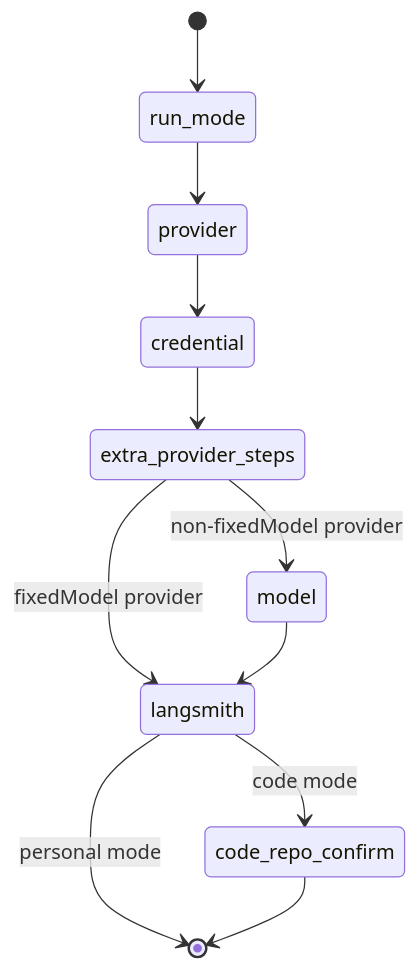
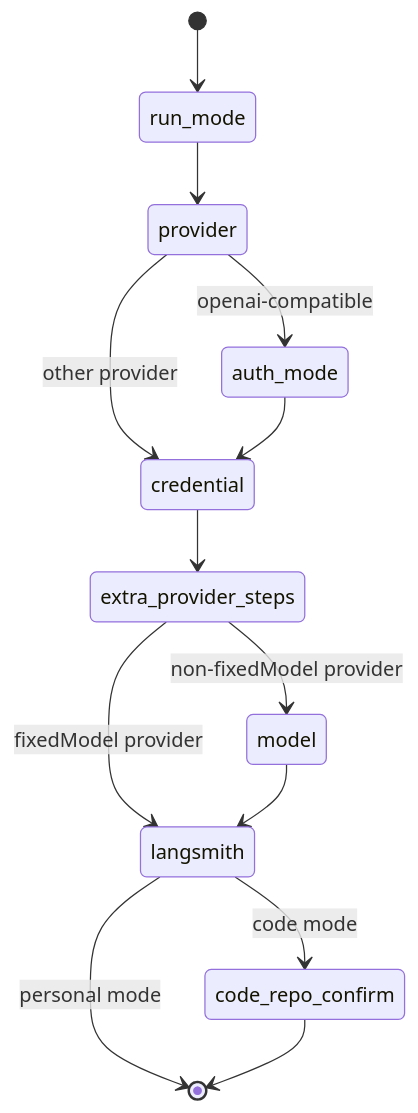
The second of 2 diagrams in packages/openwiki/openwiki/workflows/onboarding.md (plaire48/llm_router_desktop), drawn with Mermaid before and after one commit. The commit also changed other lines of this file and 552 other files, not shown here.

````diff
--- a/packages/openwiki/openwiki/workflows/onboarding.md
+++ b/packages/openwiki/openwiki/workflows/onboarding.md
@@ -147,13 +147,15 @@
 ```mermaid
 stateDiagram-v2
   [*] --> run_mode
   run_mode --> provider
-  provider --> credential
+  provider --> auth_mode: openai-compatible
+  provider --> credential: other provider
+  auth_mode --> credential
   credential --> extra_provider_steps
   extra_provider_steps --> model: non-fixedModel provider
   extra_provider_steps --> langsmith: fixedModel provider
   model --> langsmith
   langsmith --> code_repo_confirm: code mode
   langsmith --> [*]: personal mode
   code_repo_confirm --> [*]
 ```
````
